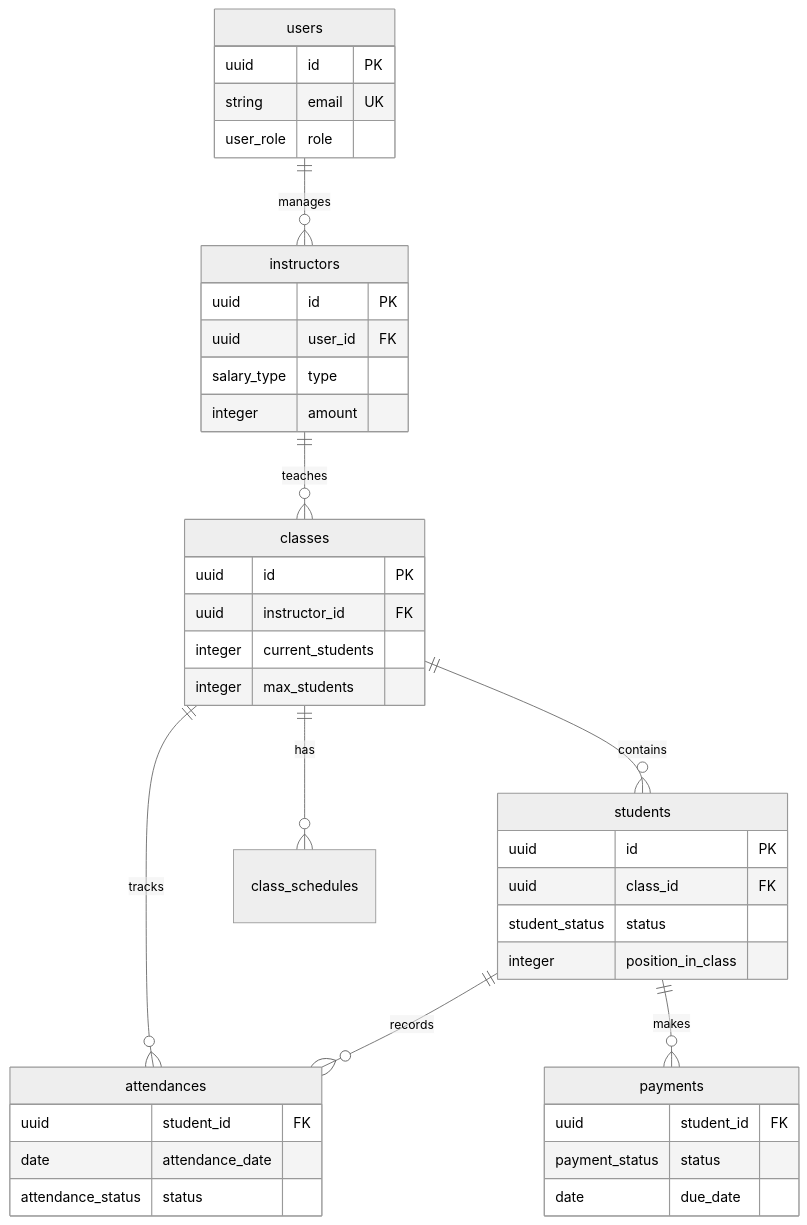
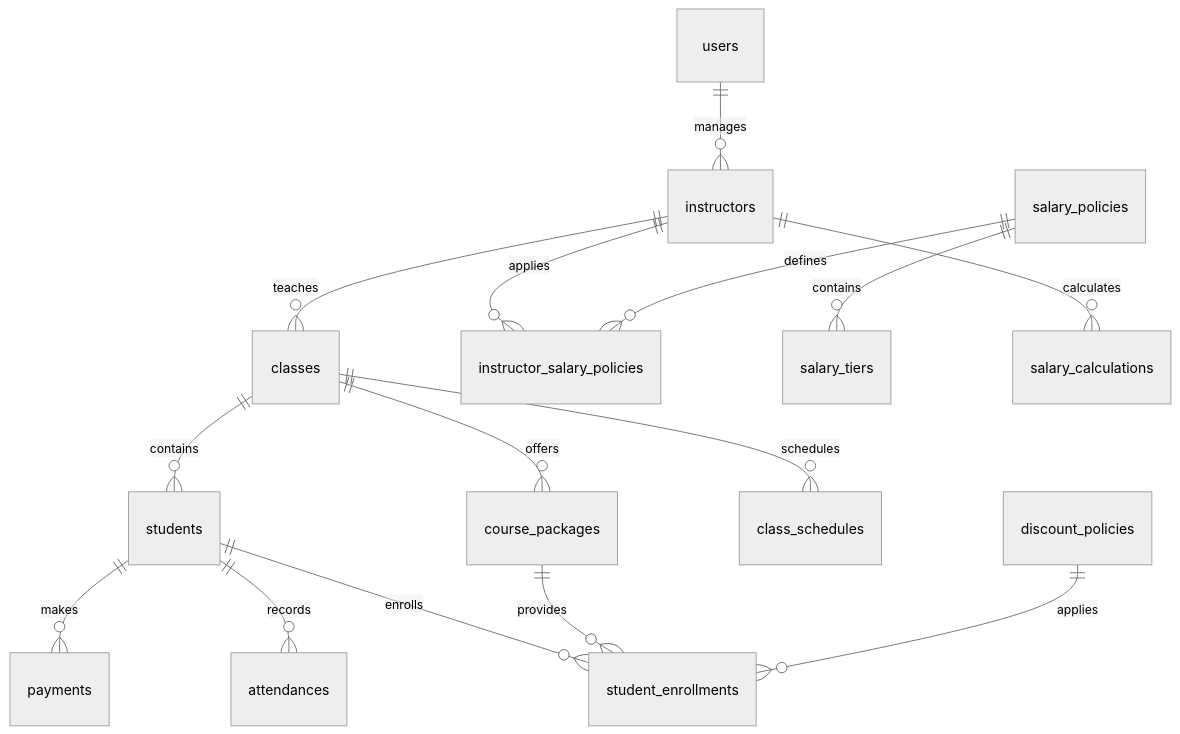
Before and after one commit to lehine87/EduCanvas: the diagram in docs/database_design.md, drawn with Mermaid (neutral theme). The commit also changed other lines of this file and 22 other files, not shown here.

````diff
--- a/docs/database_design.md
+++ b/docs/database_design.md
@@ -155,49 +93,21 @@
 ```mermaid
 erDiagram
-    users ||--o{ instructors : "manages"
-    instructors ||--o{ classes : "teaches"
-    classes ||--o{ students : "contains"
-    classes ||--o{ class_schedules : "has"
-    students ||--o{ attendances : "records"
-    students ||--o{ payments : "makes"
-    classes ||--o{ attendances : "tracks"
+    users ||--o{ instructors : manages
+    instructors ||--o{ classes : teaches
+    instructors ||--o{ instructor_salary_policies : applies
     
-    users {
-        uuid id PK
-        string email UK
-        user_role role
-    }
+    classes ||--o{ students : contains
+    classes ||--o{ course_packages : offers
+    classes ||--o{ class_schedules : schedules
     
-    instructors {
-        uuid id PK
-        uuid user_id FK
-        salary_type type
-        integer amount
-    }
+    students ||--o{ student_enrollments : enrolls
+    students ||--o{ attendances : records
+    students ||--o{ payments : makes
     
-    classes {
-        uuid id PK
-        uuid instructor_id FK
-        integer current_students
-        integer max_students
-    }
+    course_packages ||--o{ student_enrollments : provides
+    discount_policies ||--o{ student_enrollments : applies
     
-    students {
-        uuid id PK
-        uuid class_id FK
-        student_status status
-        integer position_in_class
-    }
-    
-    attendances {
-        uuid student_id FK
-        date attendance_date
-        attendance_status status
-    }
-    
-    payments {
-        uuid student_id FK
-        payment_status status
-        date due_date
-    }
+    salary_policies ||--o{ instructor_salary_policies : defines
+    salary_policies ||--o{ salary_tiers : contains
+    instructors ||--o{ salary_calculations : calculates
 ```
````
